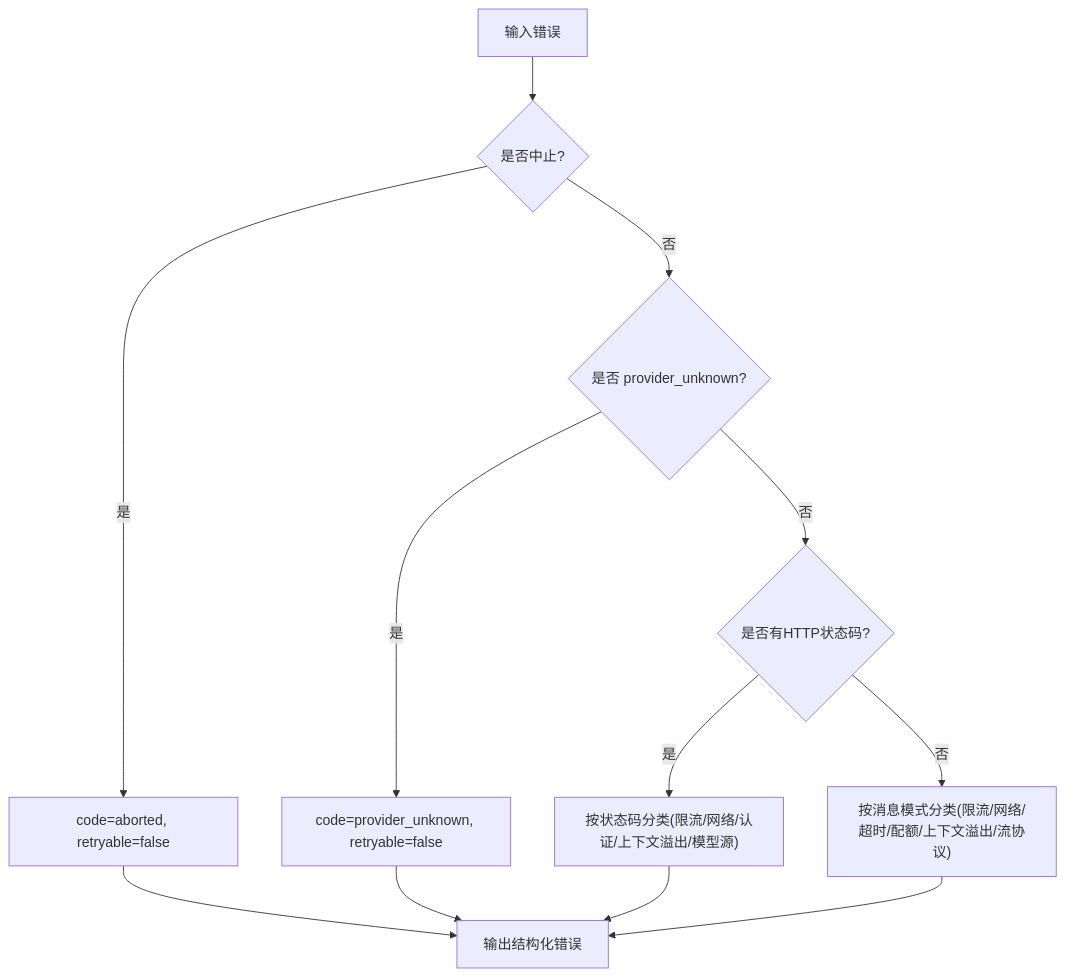
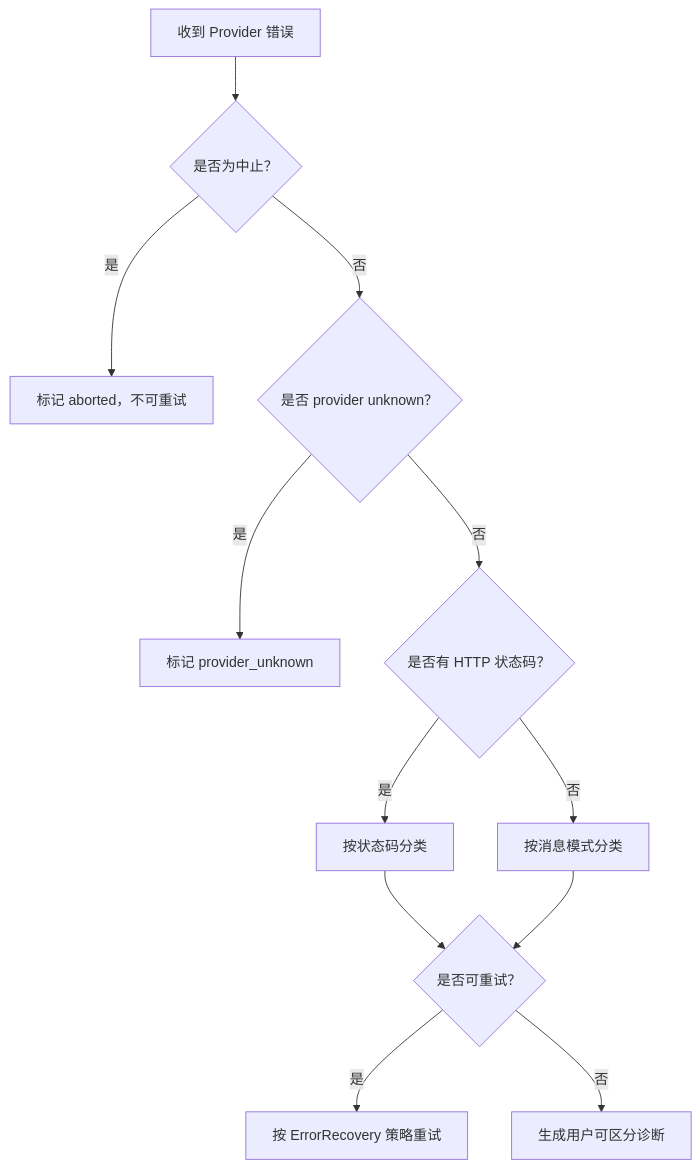
The fourth of 6 diagrams in .qoder/repowiki/zh/content/故障排除.md (haolange/RDC-Agent), drawn with Mermaid before and after one commit. The commit also changed other lines of this file and 356 other files, not shown here.

````diff
--- a/.qoder/repowiki/zh/content/故障排除.md
+++ b/.qoder/repowiki/zh/content/故障排除.md
@@ -277,14 +245,14 @@
 ```mermaid
 flowchart TD
-In["输入错误"] --> Abort{"是否中止?"}
-Abort --> |是| CodeA["code=aborted, retryable=false"]
-Abort --> |否| Provider{"是否 provider_unknown?"}
-Provider --> |是| CodeB["code=provider_unknown, retryable=false"]
-Provider --> |否| Http{"是否有HTTP状态码?"}
-Http --> |是| Status["按状态码分类(限流/网络/认证/上下文溢出/模型源)"]
-Http --> |否| Pattern["按消息模式分类(限流/网络/超时/配额/上下文溢出/流协议)"]
-Status --> Out["输出结构化错误"]
-Pattern --> Out
-CodeA --> Out
-CodeB --> Out
+  Input["收到 Provider 错误"] --> Abort{"是否为中止？"}
+  Abort -->|是| MarkAborted["标记 aborted，不可重试"]
+  Abort -->|否| NotFound{"是否 provider unknown？"}
+  NotFound -->|是| MarkUnknown["标记 provider_unknown"]
+  NotFound -->|否| HttpStatus{"是否有 HTTP 状态码？"}
+  HttpStatus -->|是| ClassifyHttp["按状态码分类"]
+  HttpStatus -->|否| Pattern["按消息模式分类"]
+  ClassifyHttp --> Retryable{"是否可重试？"}
+  Pattern --> Retryable
+  Retryable -->|是| Retry["按 ErrorRecovery 策略重试"]
+  Retryable -->|否| Diagnostic["生成用户可区分诊断"]
 ```
````
